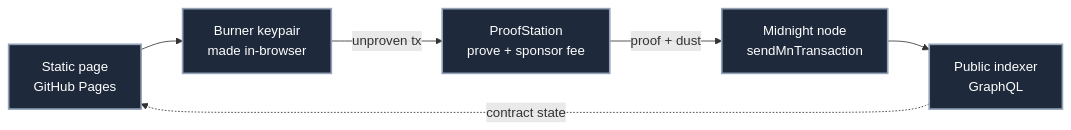
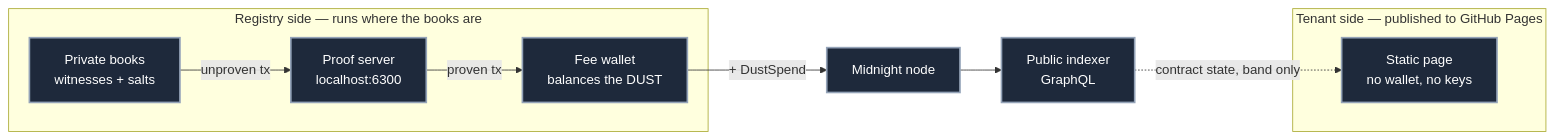
The second of 2 diagrams in README.md (MJ-Jinx/waterline), drawn with Mermaid before and after one commit. The commit also changed other lines of this file and 2 other files, not shown here.

````diff
--- a/README.md
+++ b/README.md
@@ -217,17 +225,24 @@
 ```mermaid
 flowchart LR
-    B["Static page<br/>GitHub Pages"]
-    K["Burner keypair<br/>made in-browser"]
-    P["ProofStation<br/>prove + sponsor fee"]
-    N["Midnight node<br/>sendMnTransaction"]
+    subgraph T["Tenant side — published to GitHub Pages"]
+      B["Static page<br/>no wallet, no keys"]
+    end
+
+    subgraph R["Registry side — runs where the books are"]
+      W["Private books<br/>witnesses + salts"]
+      PS["Proof server<br/>localhost:6300"]
+      F["Fee wallet<br/>balances the DUST"]
+    end
+
+    N["Midnight node"]
     I["Public indexer<br/>GraphQL"]
 
-    B --> K
-    K -->|"unproven tx"| P
-    P -->|"proof + dust"| N
+    W -->|"unproven tx"| PS
+    PS -->|"proven tx"| F
+    F -->|"+ DustSpend"| N
     N --> I
-    I -.->|"contract state"| B
+    I -.->|"contract state, band only"| B
 
     classDef n fill:#1e293b,stroke:#94a3b8,stroke-width:2px,color:#fff
-    class B,K,P,N,I n
+    class B,W,PS,F,N,I n
 ```
````
